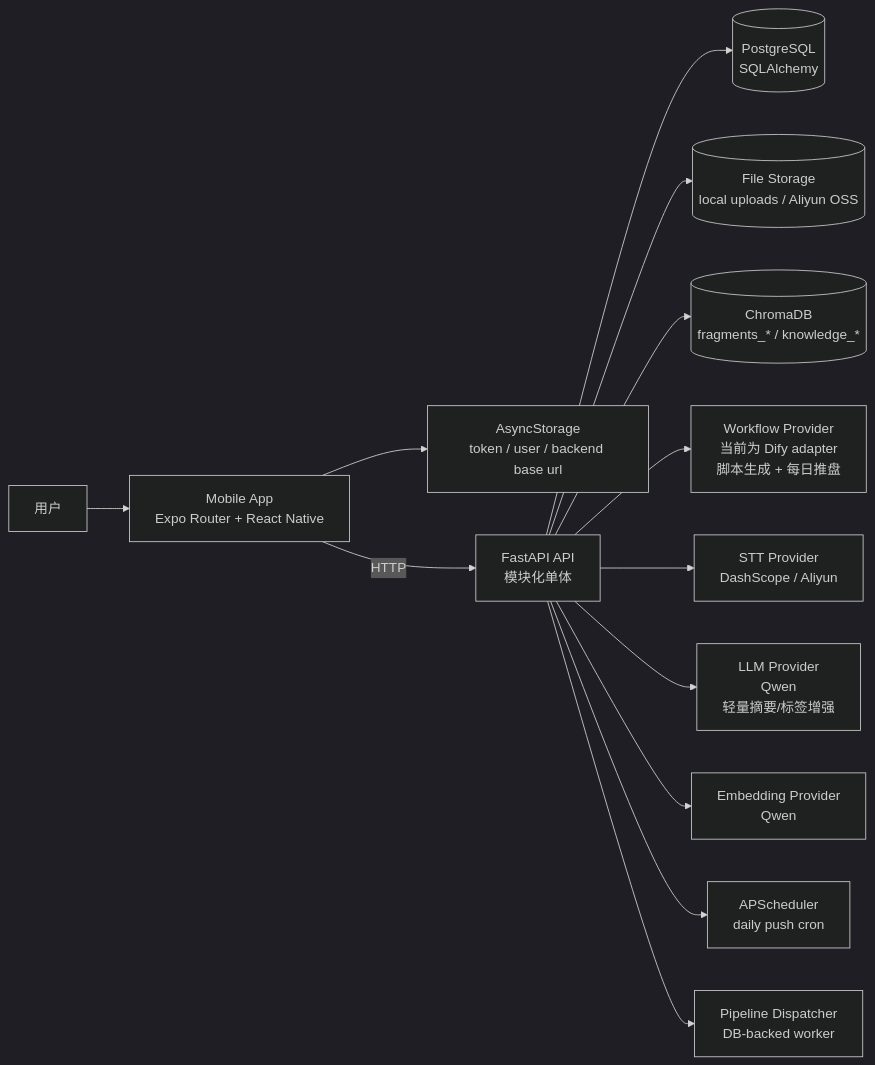
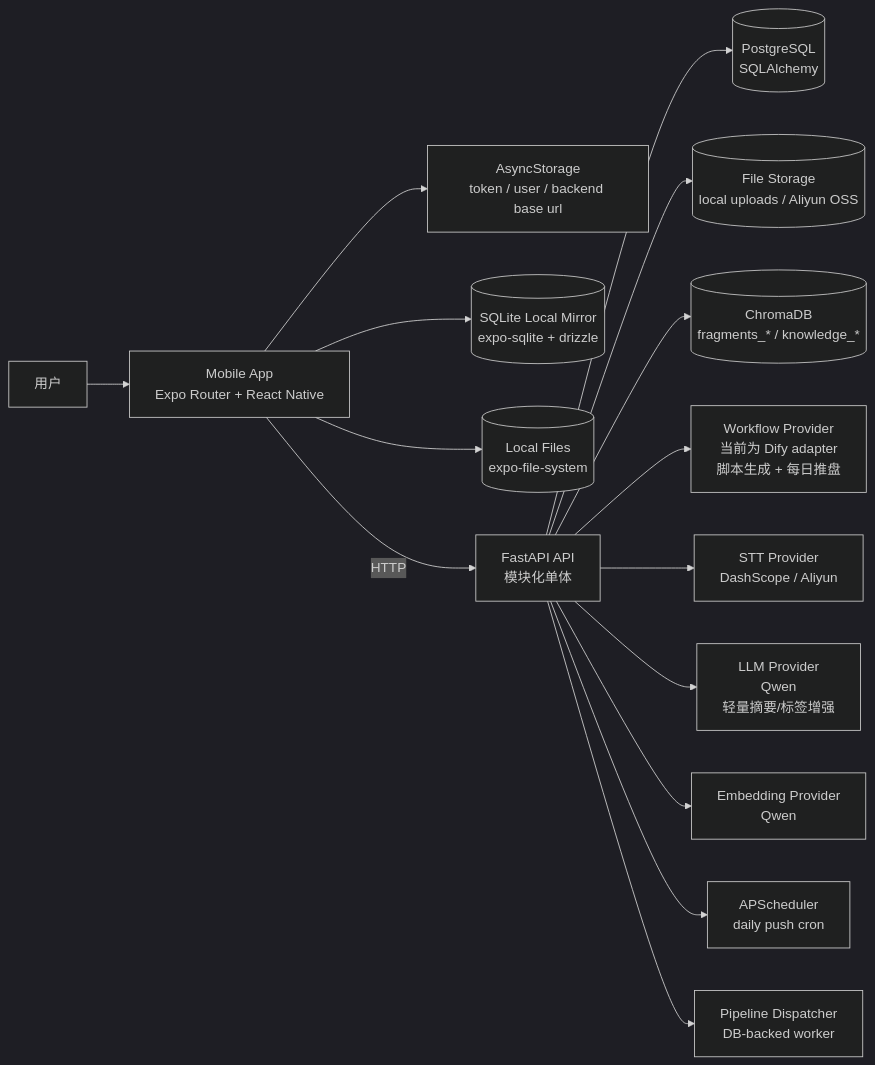
The first of 9 diagrams in memory-bank/architecture.md (YCZA2/SparkFlow), drawn with Mermaid (dark theme) before and after one commit. The commit also changed other lines of this file and 22 other files, not shown here.

````diff
--- a/memory-bank/architecture.md
+++ b/memory-bank/architecture.md
@@ -9,29 +9,33 @@
 ```mermaid
 flowchart LR
     U["用户"]
     M["Mobile App<br/>Expo Router + React Native"]
     S["AsyncStorage<br/>token / user / backend base url"]
+    LDB[("SQLite Local Mirror<br/>expo-sqlite + drizzle")]
+    LFS[("Local Files<br/>expo-file-system")]
     API["FastAPI API<br/>模块化单体"]
     DB[("PostgreSQL<br/>SQLAlchemy")]
     FS[("File Storage<br/>local uploads / Aliyun OSS")]
     CHROMA[("ChromaDB<br/>fragments_* / knowledge_*")]
     WFP["Workflow Provider<br/>当前为 Dify adapter<br/>脚本生成 + 每日推盘"]
     STT["STT Provider<br/>DashScope / Aliyun"]
     LLM["LLM Provider<br/>Qwen<br/>轻量摘要/标签增强"]
     EMB["Embedding Provider<br/>Qwen"]
     SCH["APScheduler<br/>daily push cron"]
     PIPE["Pipeline Dispatcher<br/>DB-backed worker"]
 
     U --> M
     M --> S
+    M --> LDB
+    M --> LFS
     M -->|HTTP| API
     API --> DB
     API --> FS
     API --> CHROMA
     API --> WFP
     API --> STT
     API --> LLM
     API --> EMB
     API --> SCH
     API --> PIPE
 ```
````
